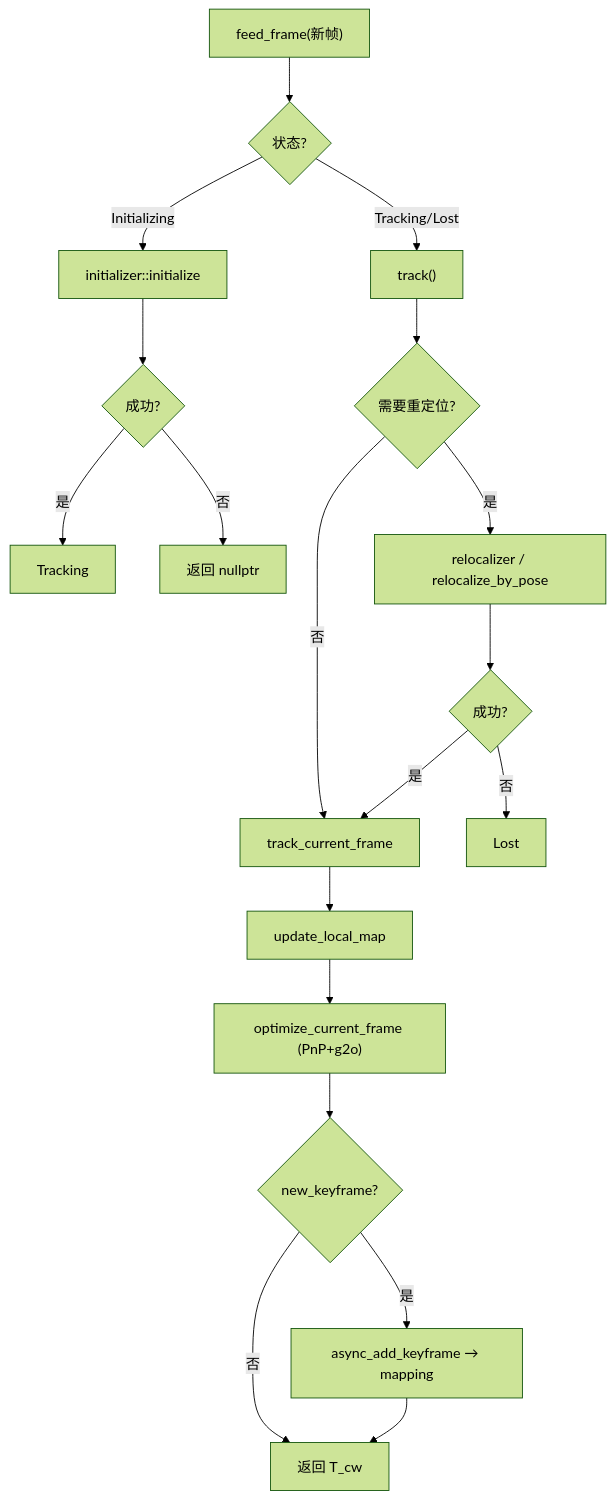
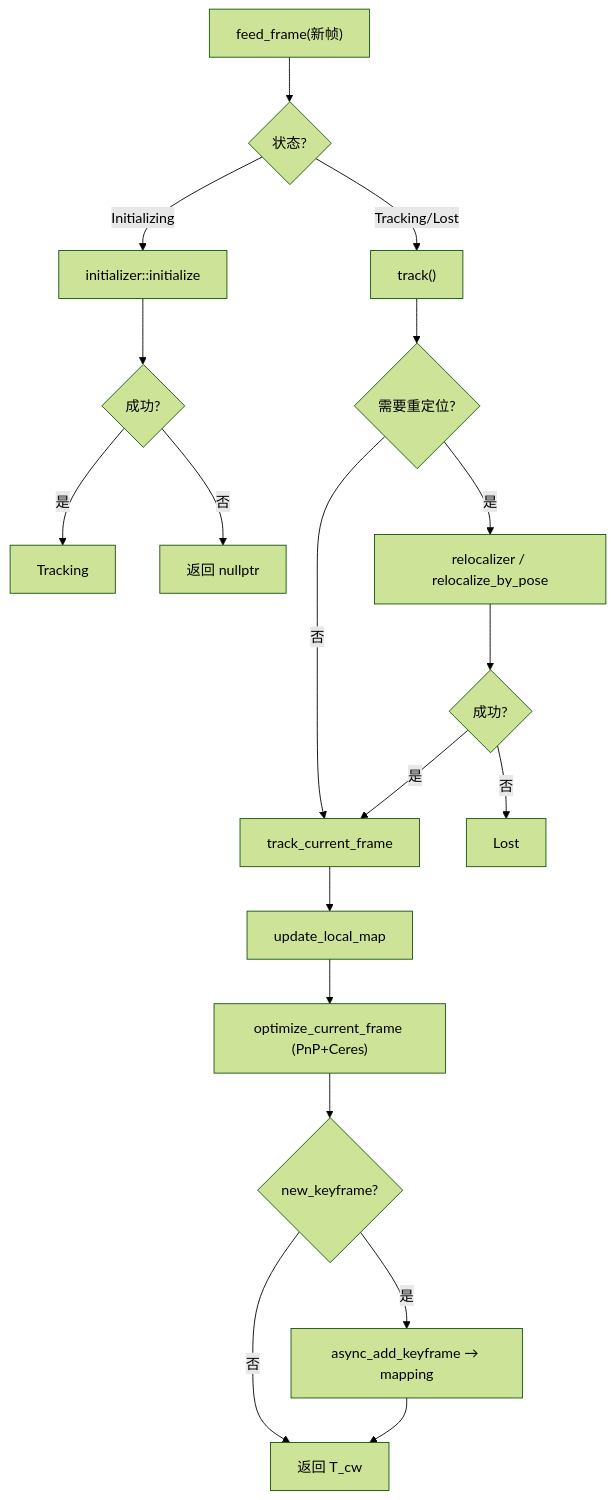
Before and after one commit to quandy2020/autonomy: the second of 4 diagrams in docs/source/06_Localization/05_architecture.md, drawn with Mermaid (forest theme). The commit also changed other lines of this file and 767 other files, not shown here.

````diff
--- a/docs/source/06_Localization/05_architecture.md
+++ b/docs/source/06_Localization/05_architecture.md
@@ -236,21 +236,21 @@
 ```mermaid
 flowchart TD
     A["feed_frame(新帧)"] --> B{"状态?"}
     B -->|Initializing| C["initializer::initialize"]
     B -->|Tracking/Lost| D["track()"]
     C --> E{"成功?"}
     E -->|是| F["Tracking"]
     E -->|否| G["返回 nullptr"]
     D --> H{"需要重定位?"}
     H -->|是| I["relocalizer / relocalize_by_pose"]
     H -->|否| J["track_current_frame"]
     I --> K{"成功?"}
     K -->|否| L["Lost"]
     K -->|是| J
     J --> M["update_local_map"]
-    M --> N["optimize_current_frame (PnP+g2o)"]
+    M --> N["optimize_current_frame (PnP+Ceres)"]
     N --> O{"new_keyframe?"}
     O -->|是| P["async_add_keyframe → mapping"]
     O -->|否| Q["返回 T_cw"]
     P --> Q
 ```
````
